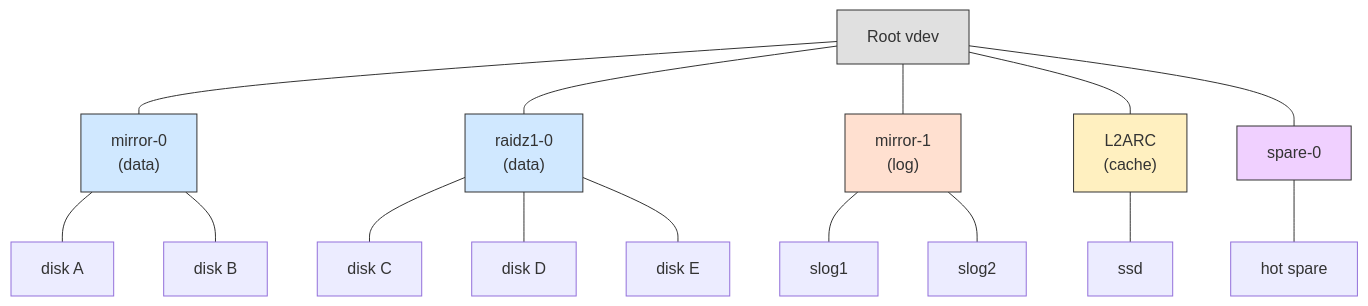
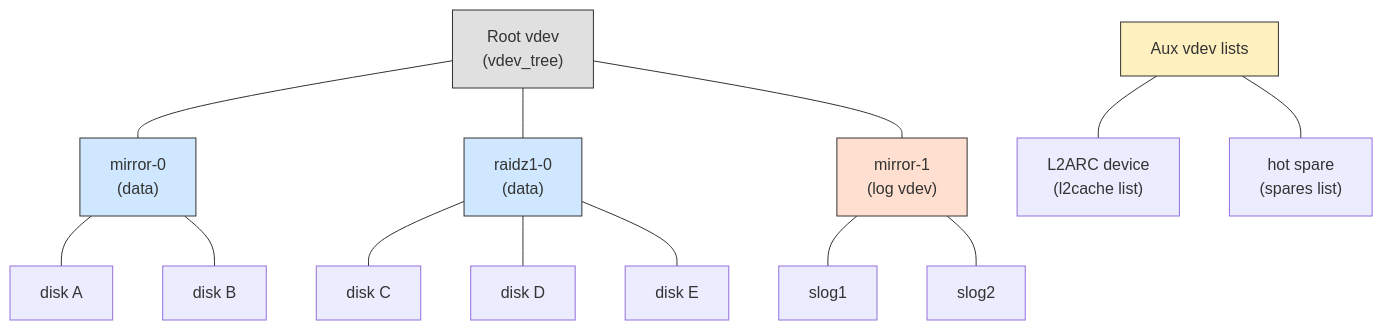
The second of 2 diagrams in docs/01-vdevs.md (mminkus/zfs-ondiskformat), drawn with Mermaid before and after one commit. The commit also changed other lines of this file and 6 other files, not shown here.

````diff
--- a/docs/01-vdevs.md
+++ b/docs/01-vdevs.md
@@ -44,40 +44,36 @@
 ```mermaid
 graph TD
-    root["Root vdev"]
+    root["Root vdev<br/>(vdev_tree)"]
     m1["mirror-0<br/>(data)"]
     rz["raidz1-0<br/>(data)"]
-    log["mirror-1<br/>(log)"]
-    cache["L2ARC<br/>(cache)"]
-    spare["spare-0"]
+    log["mirror-1<br/>(log vdev)"]
     a["disk A"]
     b["disk B"]
     c["disk C"]
     d["disk D"]
     e["disk E"]
     slog1["slog1"]
     slog2["slog2"]
-    l2["ssd"]
-    sp["hot spare"]
+    aux["Aux vdev lists"]
+    l2["L2ARC device<br/>(l2cache list)"]
+    sp["hot spare<br/>(spares list)"]
 
     root --- m1
     root --- rz
     root --- log
-    root --- cache
-    root --- spare
     m1 --- a
     m1 --- b
     rz --- c
     rz --- d
     rz --- e
     log --- slog1
     log --- slog2
-    cache --- l2
-    spare --- sp
+    aux --- l2
+    aux --- sp
 
     style root fill:#e0e0e0,stroke:#333
     style m1 fill:#d0e8ff,stroke:#333
     style rz fill:#d0e8ff,stroke:#333
     style log fill:#ffe0d0,stroke:#333
-    style cache fill:#fff0c0,stroke:#333
-    style spare fill:#f0d0ff,stroke:#333
+    style aux fill:#fff0c0,stroke:#333
 ```
````
